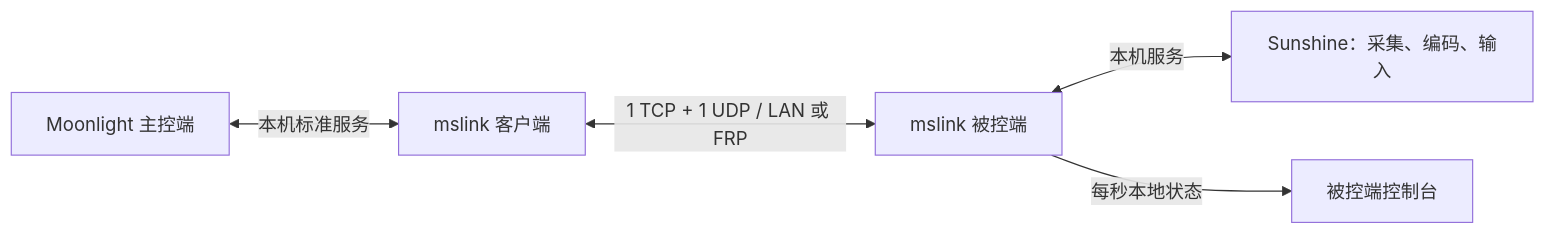
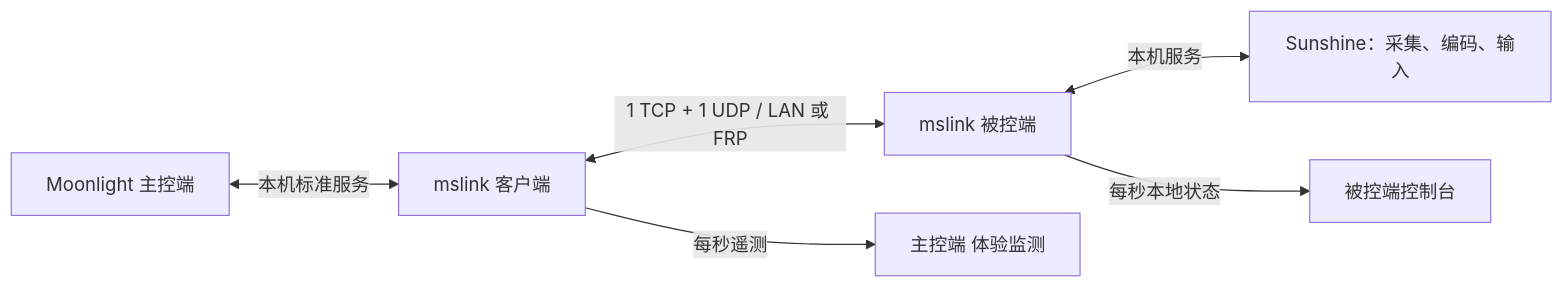
One commit to jianhx189/jianhx-game-stream changed the diagram in README.md. Above: the diagram before and after it, drawn with Mermaid. The commit also changed other lines of this file and 43 other files, not shown here.

````diff
--- a/README.md
+++ b/README.md
@@ -51,7 +55,8 @@
 ```mermaid
 flowchart LR
     C[Moonlight 主控端] <-->|本机标准服务| LC[mslink 客户端]
     LC <-->|1 TCP + 1 UDP / LAN 或 FRP| LH[mslink 被控端]
     LH <-->|本机服务| S[Sunshine：采集、编码、输入]
     LH -->|每秒本地状态| UI[被控端控制台]
+    LC -->|每秒遥测| CE[主控端 体验监测]
 ```
````
